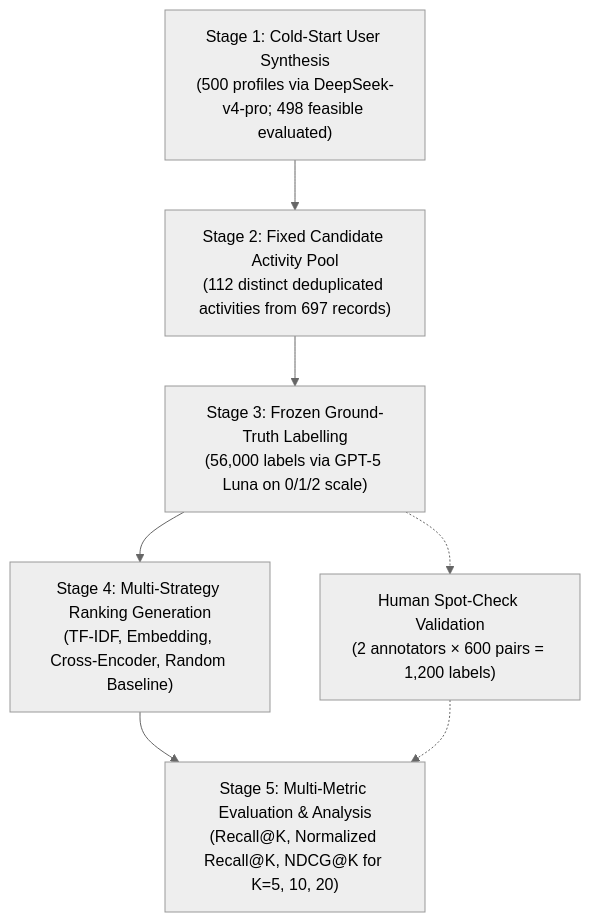
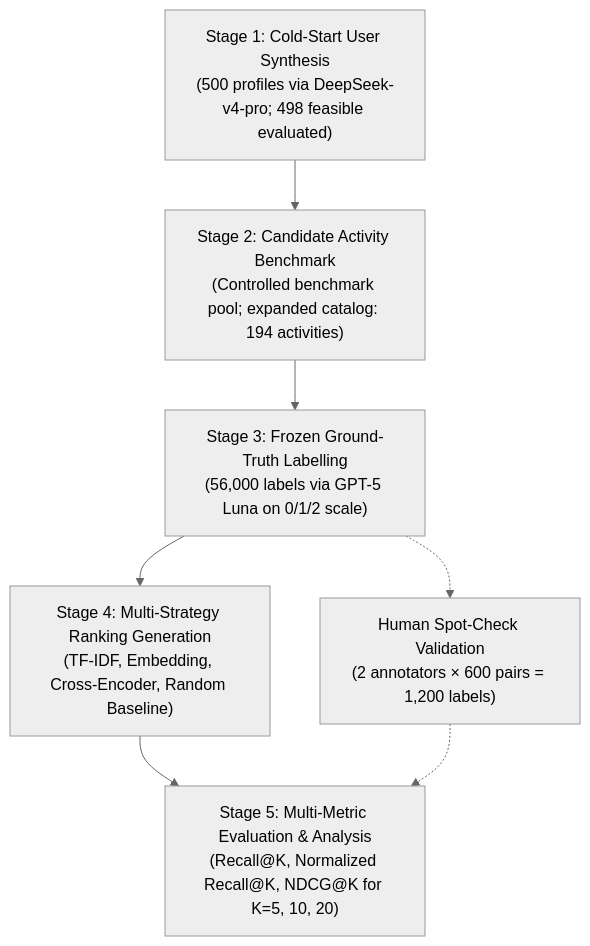
Before and after one commit to Bob8259/CSIT-5210-Group-Project: the third of 4 diagrams in CSIT5210_Group1_Final_Report.md, drawn with Mermaid (neutral theme). The commit also changed other lines of this file, not shown here.

Commit message:
Update final report dataset and catalog metrics to 2,023 session postings and 194 canonical activities across 53 NGOs without modifying frozen test evaluation results

````diff
--- a/CSIT5210_Group1_Final_Report.md
+++ b/CSIT5210_Group1_Final_Report.md
@@ -259,9 +262,9 @@
 ```mermaid
 flowchart TD
-    S1["Stage 1: Cold-Start User Synthesis<br/>(500 profiles via DeepSeek-v4-pro; 498 feasible evaluated)"] --> S2["Stage 2: Fixed Candidate Activity Pool<br/>(112 distinct deduplicated activities from 697 records)"]
+    S1["Stage 1: Cold-Start User Synthesis<br/>(500 profiles via DeepSeek-v4-pro; 498 feasible evaluated)"] --> S2["Stage 2: Candidate Activity Benchmark<br/>(Controlled benchmark pool; expanded catalog: 194 activities)"]
     S2 --> S3["Stage 3: Frozen Ground-Truth Labelling<br/>(56,000 labels via GPT-5 Luna on 0/1/2 scale)"]
     S3 --> S4["Stage 4: Multi-Strategy Ranking Generation<br/>(TF-IDF, Embedding, Cross-Encoder, Random Baseline)"]
     S4 --> S5["Stage 5: Multi-Metric Evaluation & Analysis<br/>(Recall@K, Normalized Recall@K, NDCG@K for K=5, 10, 20)"]
     S3 -.-> HC["Human Spot-Check Validation<br/>(2 annotators × 600 pairs = 1,200 labels)"]
     HC -.-> S5
 ```
````
